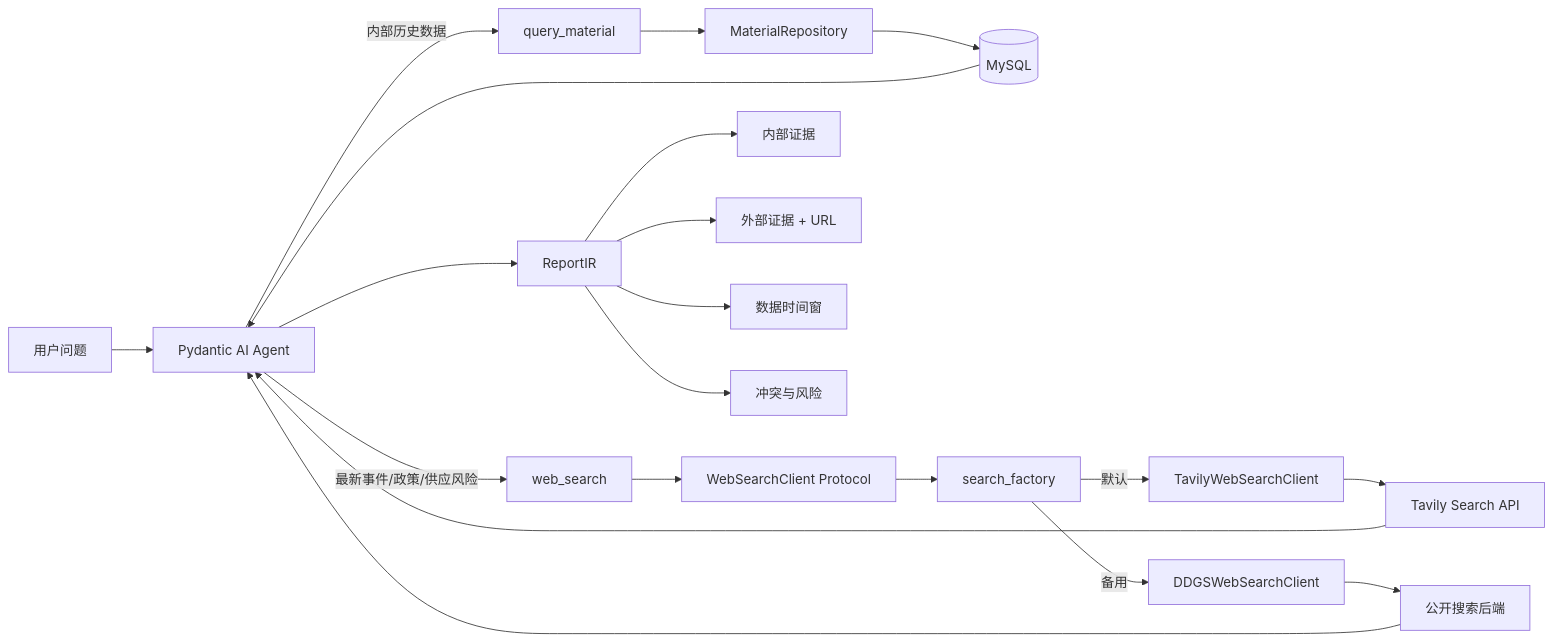
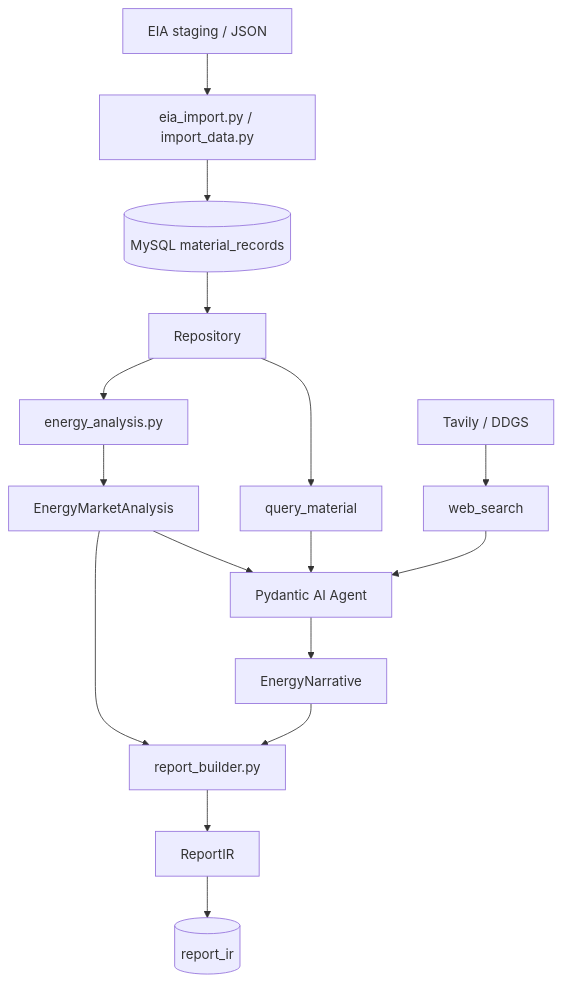
One commit to swfsa/material-map-2 changed the diagram in backend/poc3/README.md. Above: the diagram before and after it, drawn with Mermaid. The commit also changed other lines of this file and 434 other files, not shown here.

````diff
--- a/backend/poc3/README.md
+++ b/backend/poc3/README.md
@@ -77,26 +56,18 @@
 ```mermaid
-flowchart LR
-    User["用户问题"] --> Agent["Pydantic AI Agent"]
-
-    Agent -->|"内部历史数据"| InternalTool["query_material"]
-    InternalTool --> Repo["MaterialRepository"]
-    Repo --> MySQL[("MySQL")]
-
-    Agent -->|"最新事件/政策/供应风险"| WebTool["web_search"]
-    WebTool --> Client["WebSearchClient Protocol"]
-    Client --> Factory["search_factory"]
-    Factory -->|"默认"| Tavily["TavilyWebSearchClient"]
-    Factory -->|"备用"| DDGS["DDGSWebSearchClient"]
-    Tavily --> TavilyAPI["Tavily Search API"]
-    DDGS --> PublicWeb["公开搜索后端"]
-
-    MySQL --> Agent
-    TavilyAPI --> Agent
-    PublicWeb --> Agent
-    Agent --> Report["ReportIR"]
-
-    Report --> InternalEvidence["内部证据"]
-    Report --> ExternalEvidence["外部证据 + URL"]
-    Report --> TimeWindow["数据时间窗"]
-    Report --> Conflicts["冲突与风险"]
+flowchart TB
+    SOURCE["EIA staging / JSON"] --> IMPORT["eia_import.py / import_data.py"]
+    IMPORT --> RECORDS[("MySQL material_records")]
+    RECORDS --> REPO["Repository"]
+    REPO --> CALC["energy_analysis.py"]
+    CALC --> ANALYSIS["EnergyMarketAnalysis"]
+    ANALYSIS --> AGENT["Pydantic AI Agent"]
+    REPO --> TOOL1["query_material"]
+    SEARCH["Tavily / DDGS"] --> TOOL2["web_search"]
+    TOOL1 --> AGENT
+    TOOL2 --> AGENT
+    AGENT --> NARRATIVE["EnergyNarrative"]
+    ANALYSIS --> BUILDER["report_builder.py"]
+    NARRATIVE --> BUILDER
+    BUILDER --> IR["ReportIR"]
+    IR --> REPORTDB[("report_ir")]
 ```
````
